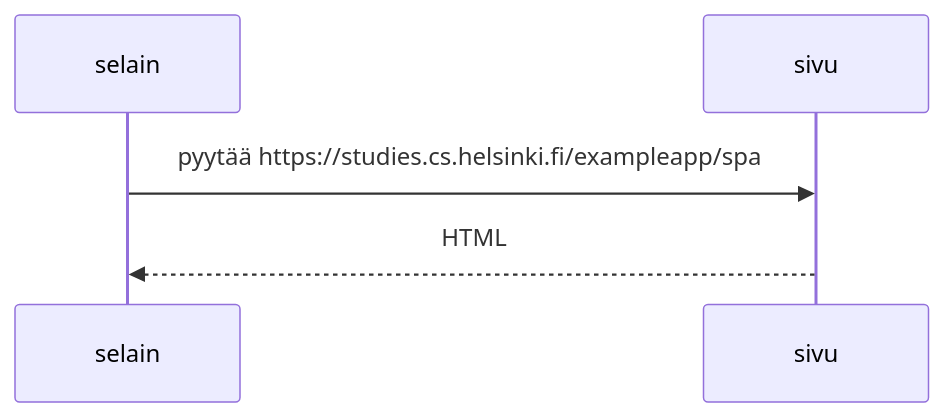
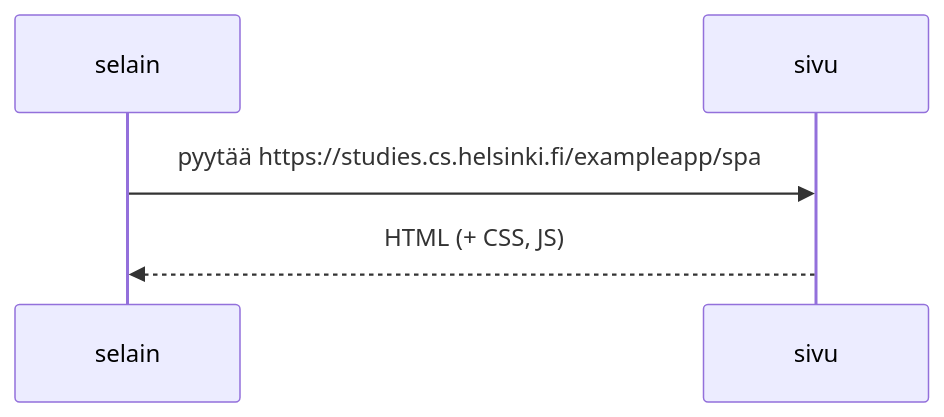
The diagram in Web-sovellusten-toimintaperiaatteet/0-5.md (Robsoni99/Ohjelmointi-2-vuosi), drawn with Mermaid before and after one commit.

````diff
--- a/Web-sovellusten-toimintaperiaatteet/0-5.md
+++ b/Web-sovellusten-toimintaperiaatteet/0-5.md
@@ -1,8 +1,8 @@
 ```mermaid
 sequenceDiagram
     participant selain
     participant sivu
     
     selain->>sivu: pyytää https://studies.cs.helsinki.fi/exampleapp/spa
-    sivu-->>selain: HTML
+    sivu-->>selain: HTML (+ CSS, JS)
 ```
````
